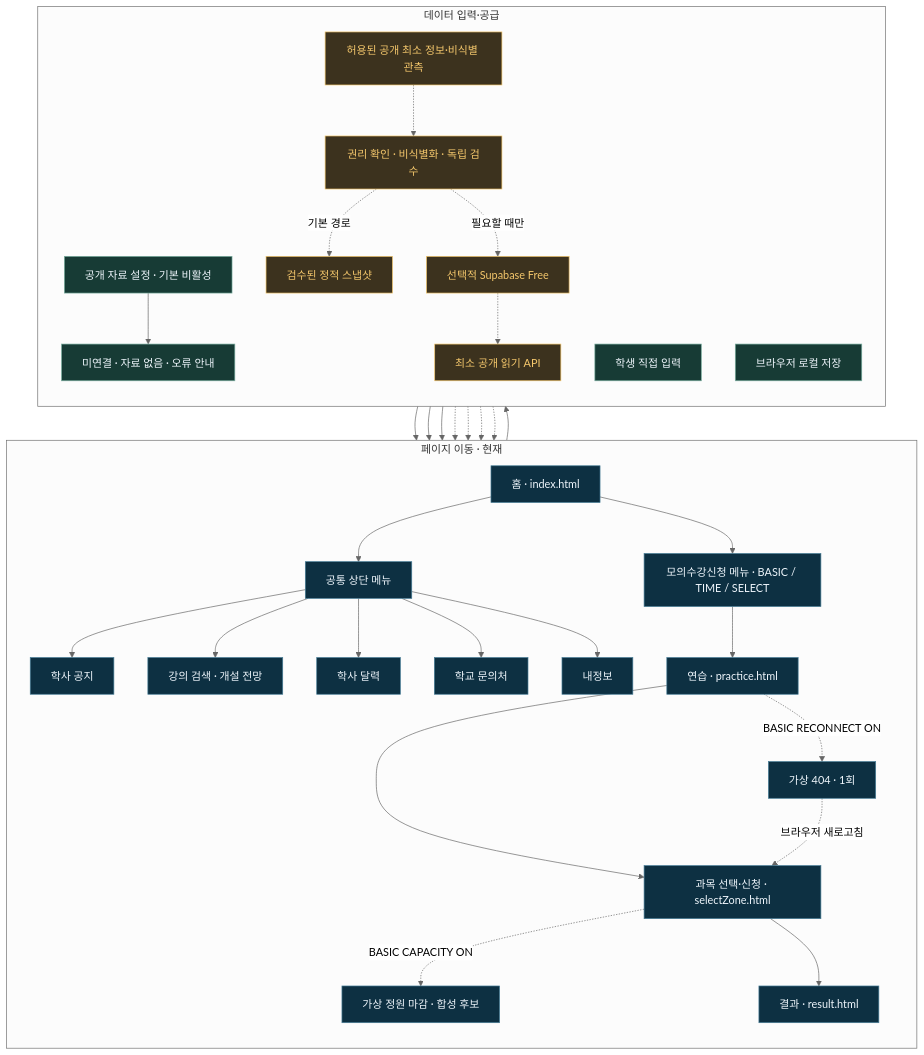
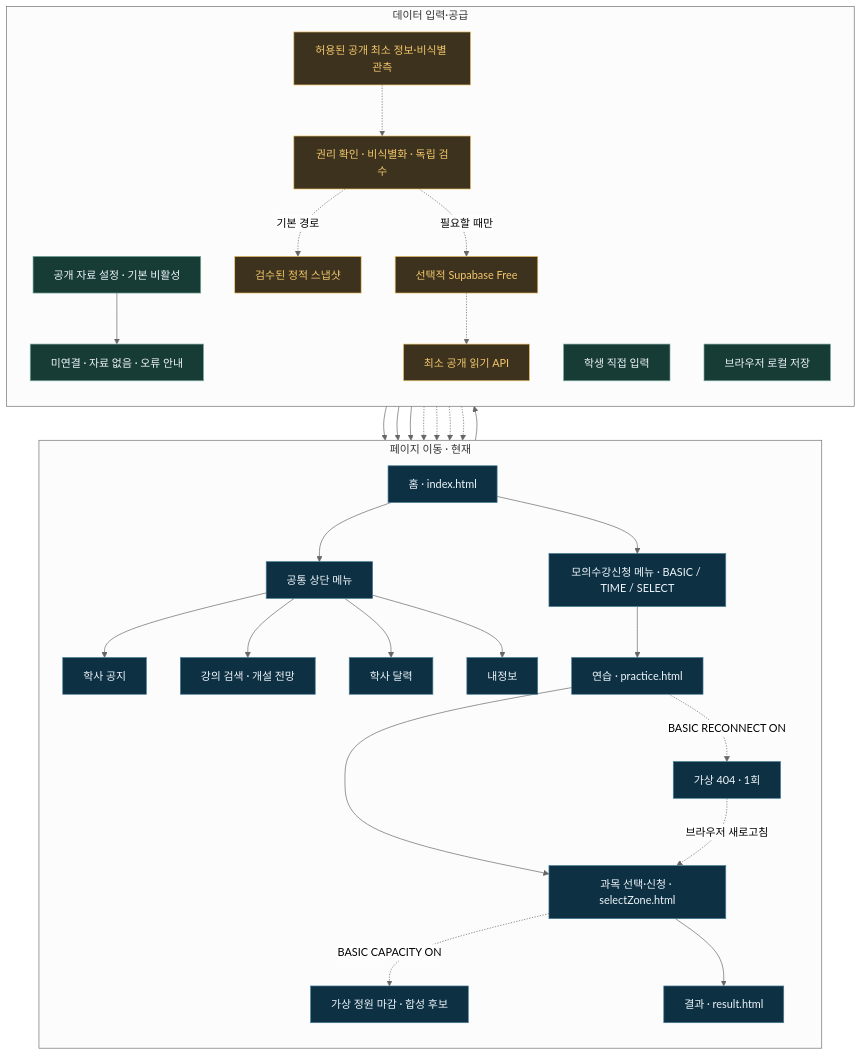
Before and after one commit to chny0n/Hanmo: the second of 2 diagrams in README.md, drawn with Mermaid (neutral theme). The commit also changed other lines of this file and 24 other files, not shown here.

````diff
--- a/README.md
+++ b/README.md
@@ -122,43 +121,42 @@
 ```mermaid
 flowchart TB
     subgraph P["페이지 이동 · 현재"]
         direction TB
         H["홈 · index.html"] --> NAV["공통 상단 메뉴"]
         NAV --> N["학사 공지"]
         NAV --> C["강의 검색 · 개설 전망"]
         NAV --> CAL["학사 달력"]
-        NAV --> SUP["학교 문의처"]
         NAV --> I["내정보"]
         H --> M["모의수강신청 메뉴 · BASIC / TIME / SELECT"]
         M --> PR["연습 · practice.html"]
         PR --> SZ["과목 선택·신청 · selectZone.html"]
         PR -. "BASIC RECONNECT ON" .-> ERR["가상 404 · 1회"]
         ERR -. "브라우저 새로고침" .-> SZ
         SZ -. "BASIC CAPACITY ON" .-> CAP["가상 정원 마감 · 합성 후보"]
         SZ --> R["결과 · result.html"]
     end
 
     subgraph D["데이터 입력·공급"]
         direction TB
         J["공개 자료 설정 · 기본 비활성"] --> E["미연결 · 자료 없음 · 오류 안내"]
         E --> N
         E --> C
         U["학생 직접 입력"] --> I
         I --> LS["브라우저 로컬 저장"]
         S["허용된 공개 최소 정보·비식별 관측"] -.-> V["권리 확인 · 비식별화 · 독립 검수"]
         V -. "기본 경로" .-> SNAP["검수된 정적 스냅샷"]
         V -. "필요할 때만" .-> DB["선택적 Supabase Free"]
         SNAP -.-> N
         SNAP -.-> C
         DB -.-> API["최소 공개 읽기 API"]
         API -.-> N
         API -.-> C
     end
 
     classDef page fill:#0d3042,stroke:#467c96,color:#eff6fc
     classDef data fill:#173b35,stroke:#78ad9e,color:#eff6fc
     classDef planned fill:#3c321e,stroke:#f4c76c,color:#f4c76c
-    class H,NAV,N,C,CAL,SUP,I,M,PR,SZ,R,ERR,CAP page
+    class H,NAV,N,C,CAL,I,M,PR,SZ,R,ERR,CAP page
     class J,E,U,LS data
     class S,V,SNAP,DB,API planned
 ```
````
